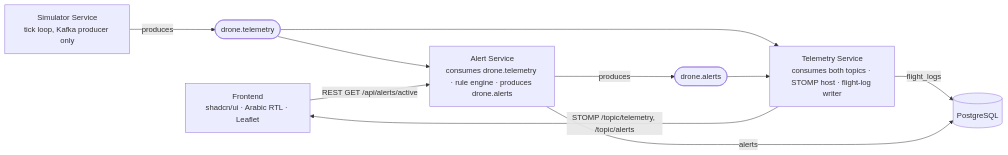
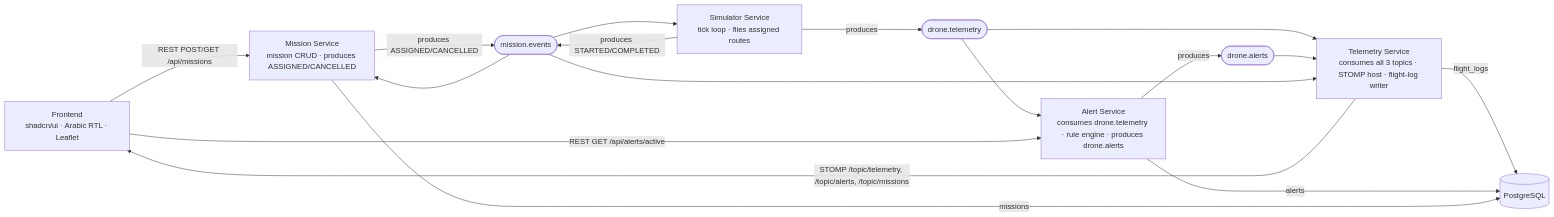
Before and after one commit to Faisal-Althuwaini/Sarb: the second of 2 diagrams in docs/architecture.md, drawn with Mermaid. The commit also changed other lines of this file and 41 other files, not shown here.

First line of the commit message:
Phase 4: mission service, waypoint flying, mission UI

````diff
--- a/docs/architecture.md
+++ b/docs/architecture.md
@@ -67,20 +67,29 @@
 ```mermaid
 flowchart LR
   FE["Frontend<br/>shadcn/ui · Arabic RTL · Leaflet"]
-  SIM["Simulator Service<br/>tick loop, Kafka producer only"]
+  SIM["Simulator Service<br/>tick loop · flies assigned routes"]
   T1(["drone.telemetry"])
   T2(["drone.alerts"])
-  TEL["Telemetry Service<br/>consumes both topics · STOMP host · flight-log writer"]
+  T3(["mission.events"])
+  TEL["Telemetry Service<br/>consumes all 3 topics · STOMP host · flight-log writer"]
   ALERT["Alert Service<br/>consumes drone.telemetry · rule engine · produces drone.alerts"]
+  MIS["Mission Service<br/>mission CRUD · produces ASSIGNED/CANCELLED"]
   PG[("PostgreSQL")]
 
   SIM -->|produces| T1
   T1 --> TEL
   T1 --> ALERT
   ALERT -->|produces| T2
   T2 --> TEL
-  TEL -->|"STOMP /topic/telemetry, /topic/alerts"| FE
+  MIS -->|produces ASSIGNED/CANCELLED| T3
+  T3 --> SIM
+  SIM -->|produces STARTED/COMPLETED| T3
+  T3 --> TEL
+  T3 --> MIS
+  TEL -->|"STOMP /topic/telemetry, /topic/alerts, /topic/missions"| FE
   FE -->|"REST GET /api/alerts/active"| ALERT
+  FE -->|"REST POST/GET /api/missions"| MIS
   TEL -->|flight_logs| PG
   ALERT -->|alerts| PG
+  MIS -->|missions| PG
 ```
````
